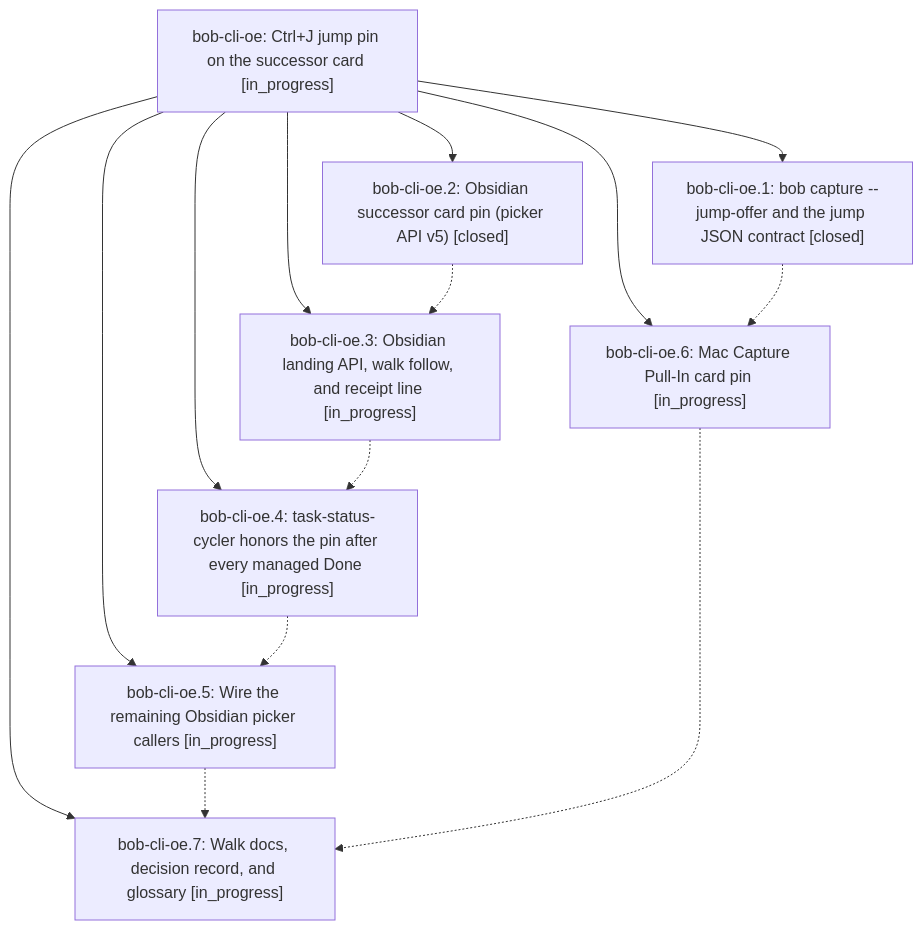
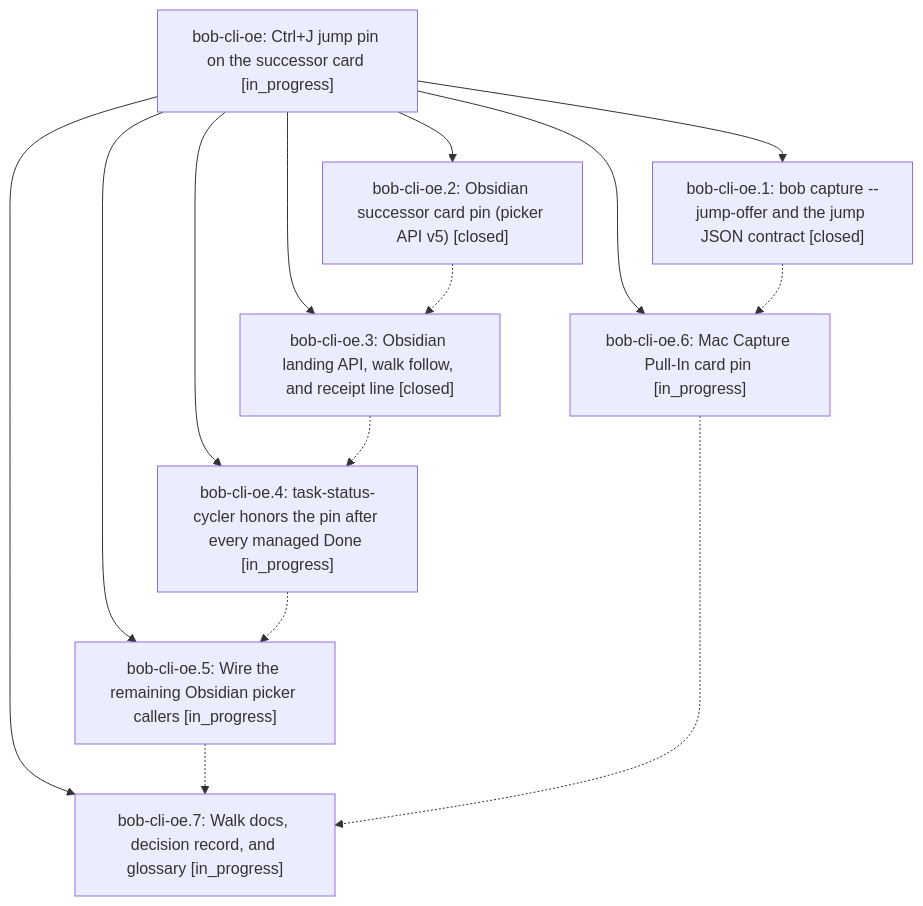
One commit to bobs-org/bob-cli--beads changed the diagram in pages/bob-cli-oe/README.md. Above: the diagram before and after it, drawn with Mermaid. The commit also changed other lines of this file and 4 other files, not shown here.

First line of the commit message:
chore(beads): sync bead state and pages for bob-cli-oe

````diff
--- a/pages/bob-cli-oe/README.md
+++ b/pages/bob-cli-oe/README.md
@@ -42,24 +42,24 @@
 ```mermaid
 flowchart TD
     n0["bob-cli-oe: Ctrl+J jump pin on the successor card [in_progress]"]
     n1["bob-cli-oe.1: bob capture --jump-offer and the jump JSON contract [closed]"]
     n2["bob-cli-oe.2: Obsidian successor card pin (picker API v5) [closed]"]
-    n3["bob-cli-oe.3: Obsidian landing API, walk follow, and receipt line [in_progress]"]
+    n3["bob-cli-oe.3: Obsidian landing API, walk follow, and receipt line [closed]"]
     n4["bob-cli-oe.4: task-status-cycler honors the pin after every managed Done [in_progress]"]
     n5["bob-cli-oe.5: Wire the remaining Obsidian picker callers [in_progress]"]
     n6["bob-cli-oe.6: Mac Capture Pull-In card pin [in_progress]"]
     n7["bob-cli-oe.7: Walk docs, decision record, and glossary [in_progress]"]
     n0 --> n1
     n0 --> n2
     n0 --> n3
     n0 --> n4
     n0 --> n5
     n0 --> n6
     n0 --> n7
     n1 -.-> n6
     n2 -.-> n3
     n3 -.-> n4
     n4 -.-> n5
     n5 -.-> n7
     n6 -.-> n7
 ```
````
